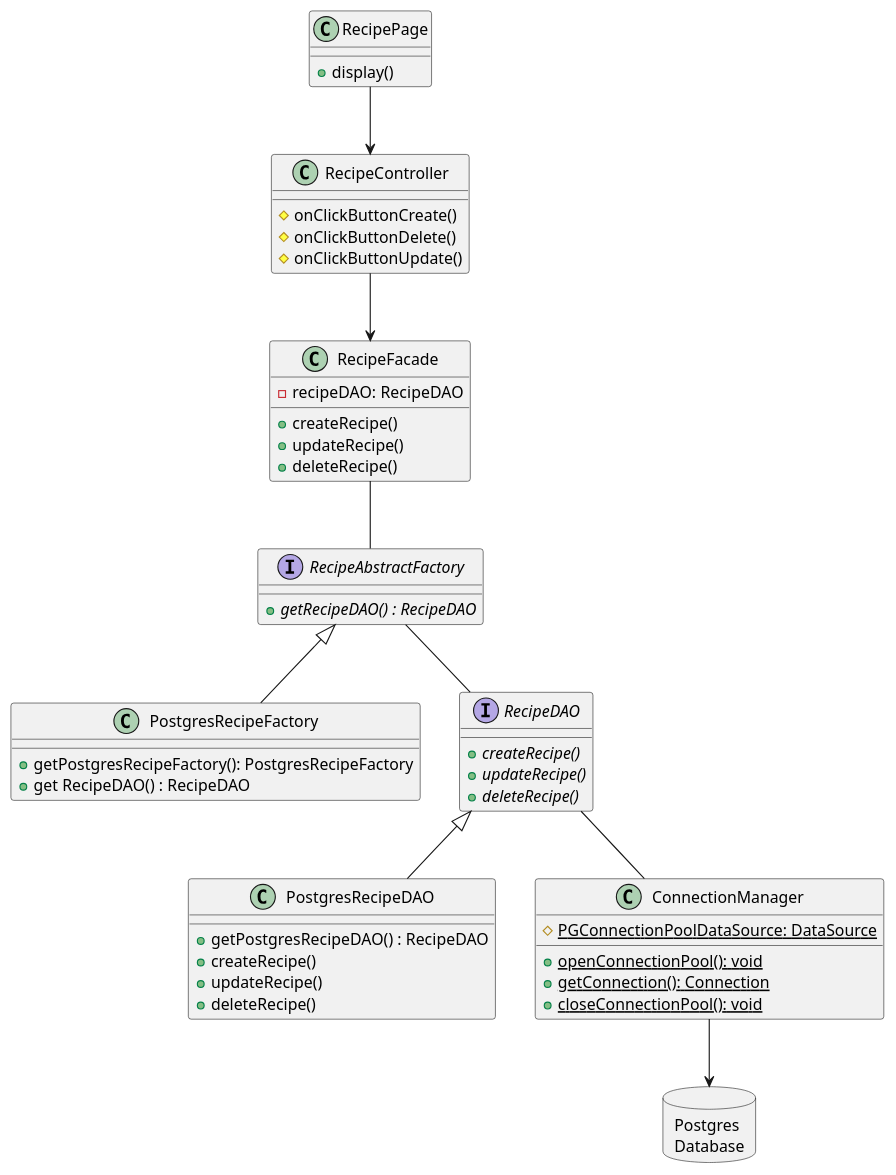
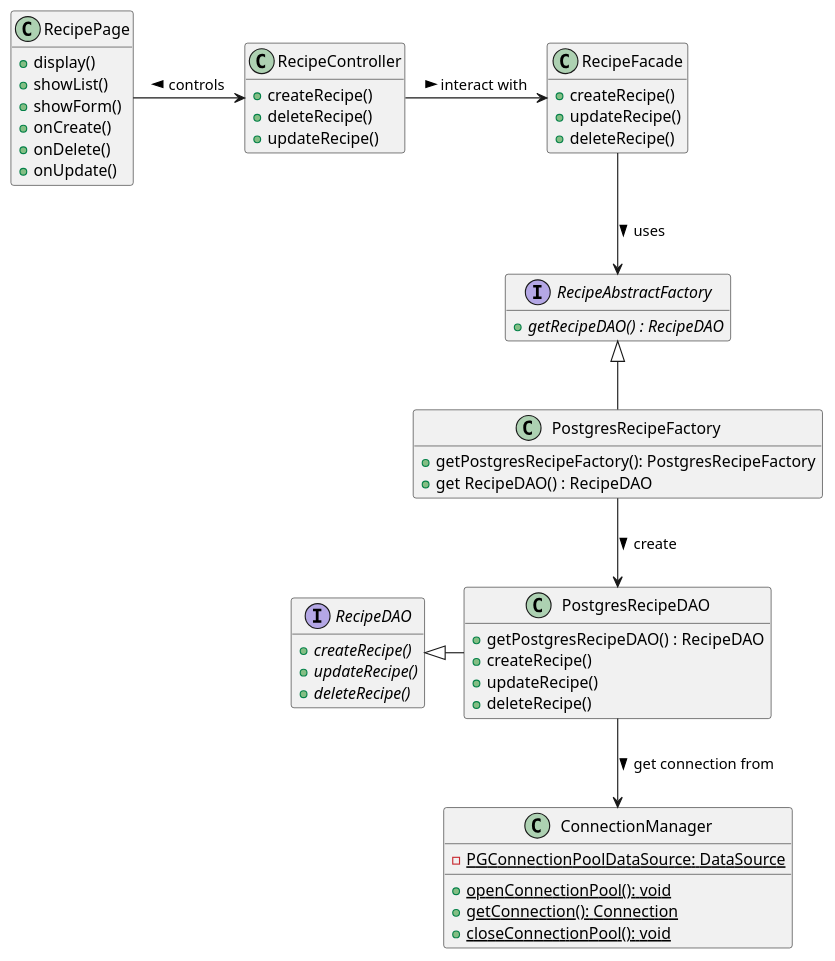
One commit to iusildra/WineCellar changed the diagram in doc/reports/prototype/plantuml/RecipeManagement/recipeClassDiagram.plantuml. Above: the diagram before and after it, drawn with PlantUML. The commit also changed other lines of this file and 6 other files, not shown here.

```diff
--- a/doc/reports/prototype/plantuml/RecipeManagement/recipeClassDiagram.plantuml
+++ b/doc/reports/prototype/plantuml/RecipeManagement/recipeClassDiagram.plantuml
@@ -1,73 +2,78 @@
 @startuml recipeClassDiagram
+hide empty members
 
 class RecipePage {
   + display()
+  + showList()
+  + showForm()
+  + onCreate()
+  + onDelete()
+  + onUpdate()
 }
 
 class RecipeController {
-  # onClickButtonCreate()
-  # onClickButtonDelete()
-  # onClickButtonUpdate()
+  + createRecipe()
+  + deleteRecipe()
+  + updateRecipe()
 }
 
 
 class RecipeFacade {
-  - recipeDAO: RecipeDAO
   + createRecipe()
   + updateRecipe()
   + deleteRecipe()
 }
 
 
 interface RecipeAbstractFactory {
   + {abstract} getRecipeDAO() : RecipeDAO
 
 }
 
 
 class PostgresRecipeFactory {
   + getPostgresRecipeFactory(): PostgresRecipeFactory
   + get RecipeDAO() : RecipeDAO
 }
 
 
 Interface RecipeDAO {
   + {abstract} createRecipe()
   + {abstract} updateRecipe()
   + {abstract} deleteRecipe()
 }
 
 
 class PostgresRecipeDAO{
   + getPostgresRecipeDAO() : RecipeDAO
   + createRecipe()
   + updateRecipe()
   + deleteRecipe()
 }
 
 
 class ConnectionManager {
-  # {static} PGConnectionPoolDataSource: DataSource
+  - {static} PGConnectionPoolDataSource: DataSource
   + {static} openConnectionPool(): void
   + {static} getConnection(): Connection
   + {static} closeConnectionPool(): void
 }
 
 
-database "Postgres\nDatabase" as Postgres {
+' database "Postgres\nDatabase" as Postgres {
 
-}
+' }
 
-class PostgresRecipeFactory extends RecipeAbstractFactory
-class PostgresRecipeDAO extends RecipeDAO
+PostgresRecipeFactory -u-|> RecipeAbstractFactory
+PostgresRecipeDAO     -l-|> RecipeDAO
 
-RecipePage --> RecipeController
-RecipeController --> RecipeFacade
-RecipeFacade -- RecipeAbstractFactory
-RecipeAbstractFactory -- RecipeDAO
-RecipeDAO -- ConnectionManager
-ConnectionManager --> Postgres
+RecipePage            -r-> RecipeController: <  controls
+RecipeController      -r-> RecipeFacade: > interact with
+RecipeFacade          --> RecipeAbstractFactory: > uses
+PostgresRecipeFactory --> PostgresRecipeDAO: > create
+PostgresRecipeDAO     --> ConnectionManager: > get connection from
+' ConnectionManager     --> Postgres
 
 
 
 @enduml
```
